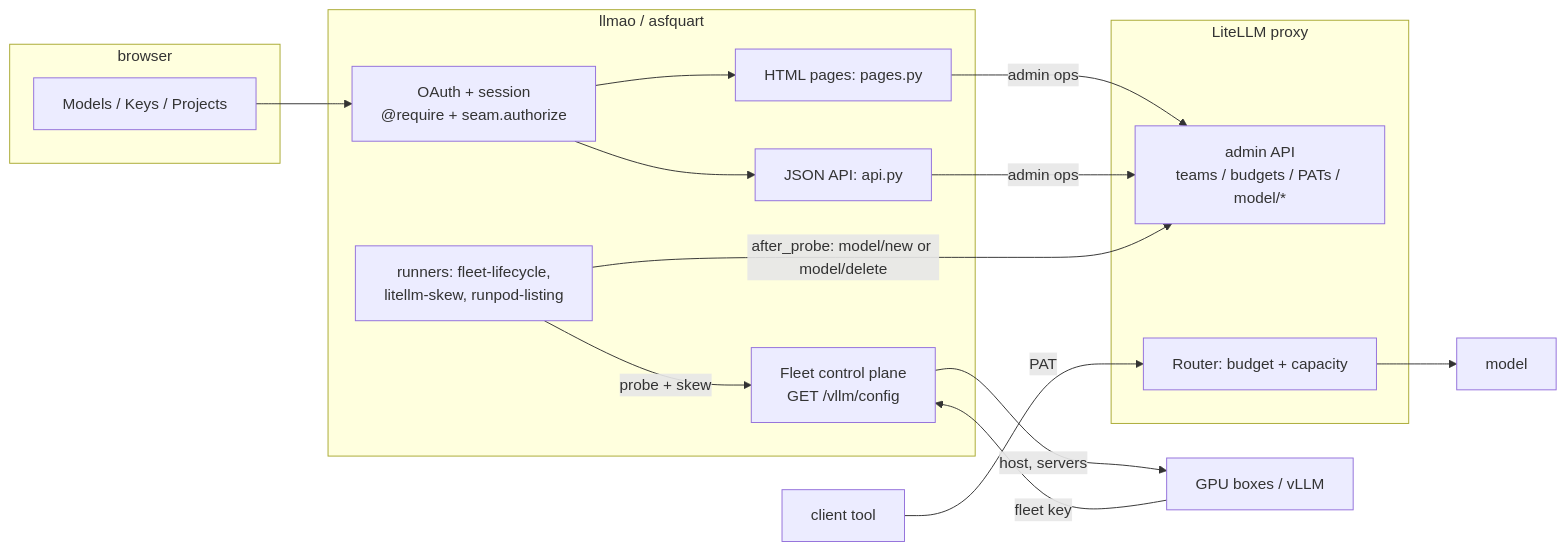
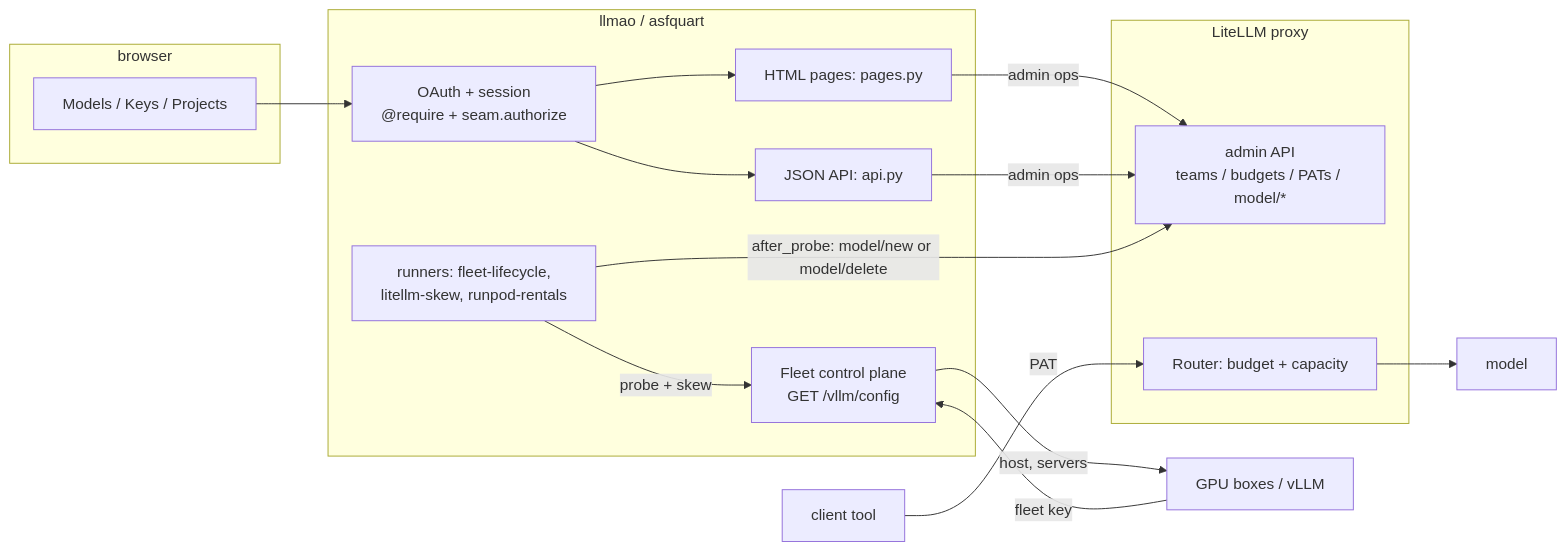
Before and after one commit to apache/tooling-llmao: the first of 2 diagrams in docs/ARCHITECTURE.md, drawn with Mermaid. The commit also changed other lines of this file and 10 other files, not shown here.

````diff
--- a/docs/ARCHITECTURE.md
+++ b/docs/ARCHITECTURE.md
@@ -201,32 +201,32 @@
 ```mermaid
 flowchart LR
   subgraph browser [browser]
     UI[Models / Keys / Projects]
   end
   subgraph proc [llmao / asfquart]
     AUTH[OAuth + session<br/>@require + seam.authorize]
     PAGES[HTML pages: pages.py]
     JSON[JSON API: api.py]
     FLEET[Fleet control plane<br/>GET /vllm/config]
-    RUNNERS[runners: fleet-lifecycle,<br/>litellm-skew, runpod-listing]
+    RUNNERS[runners: fleet-lifecycle,<br/>litellm-skew, runpod-rentals]
   end
   subgraph litellm [LiteLLM proxy]
     ADMIN[admin API<br/>teams / budgets / PATs / model/*]
     ROUTER[Router: budget + capacity]
   end
   BOX[GPU boxes / vLLM]
   TOOL[client tool]
   MODEL[model]
 
   UI --> AUTH
   AUTH --> PAGES
   AUTH --> JSON
   PAGES -->|admin ops| ADMIN
   JSON -->|admin ops| ADMIN
   BOX -->|fleet key| FLEET
   FLEET -->|"host, servers"| BOX
   RUNNERS -->|probe + skew| FLEET
   RUNNERS -->|after_probe: model/new or model/delete| ADMIN
   TOOL -->|PAT| ROUTER
   ROUTER --> MODEL
 ```
````
